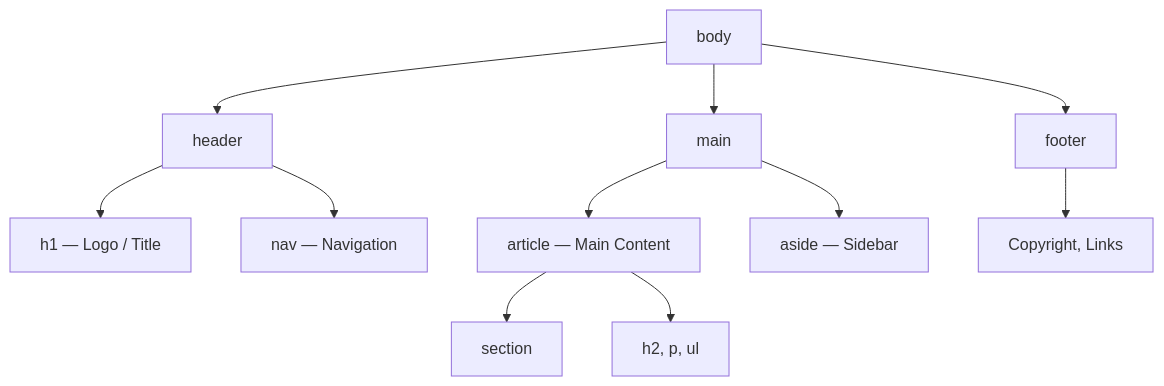
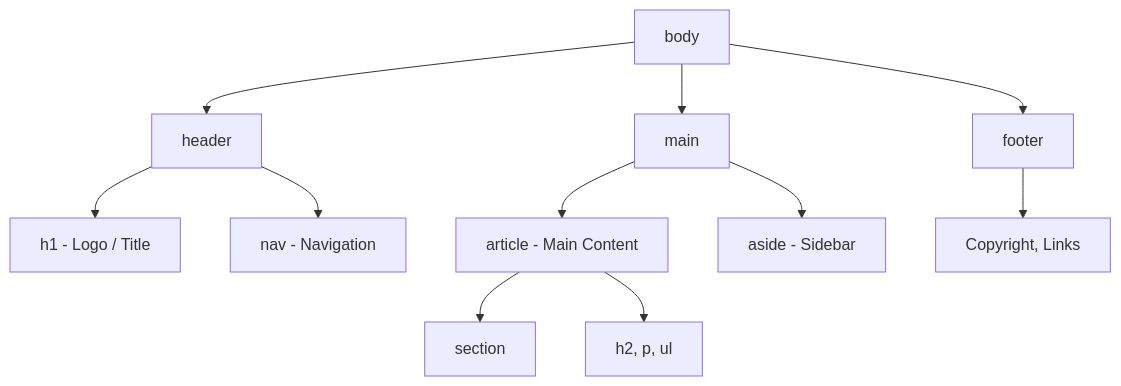
The second of 2 diagrams in Lesson-2/en/Text and semantics.md (JLearn-space/HTML), drawn with Mermaid before and after one commit. The commit also changed other lines of this file and 29 other files, not shown here.

````diff
--- a/Lesson-2/en/Text and semantics.md
+++ b/Lesson-2/en/Text and semantics.md
@@ -407,13 +407,13 @@
 ```mermaid
 flowchart TD
     A["body"] --> B["header"]
     A --> C["main"]
     A --> D["footer"]
-    B --> B1["h1 — Logo / Title"]
-    B --> B2["nav — Navigation"]
-    C --> C1["article — Main Content"]
-    C --> C2["aside — Sidebar"]
+    B --> B1["h1 - Logo / Title"]
+    B --> B2["nav - Navigation"]
+    C --> C1["article - Main Content"]
+    C --> C2["aside - Sidebar"]
     C1 --> C1a["section"]
     C1 --> C1b["h2, p, ul"]
     D --> D1["Copyright, Links"]
 ```
````
